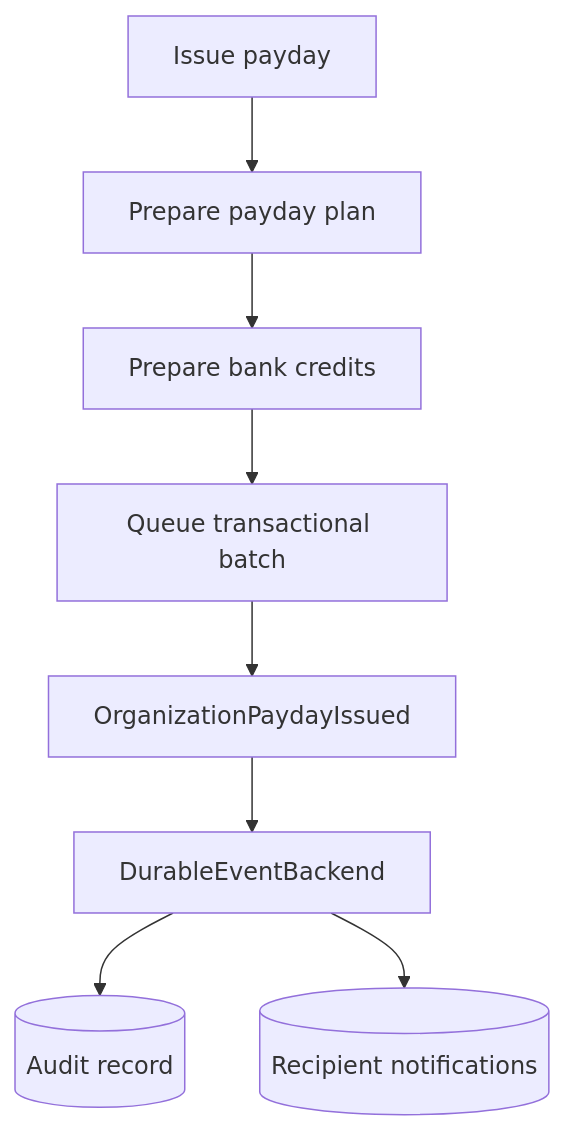
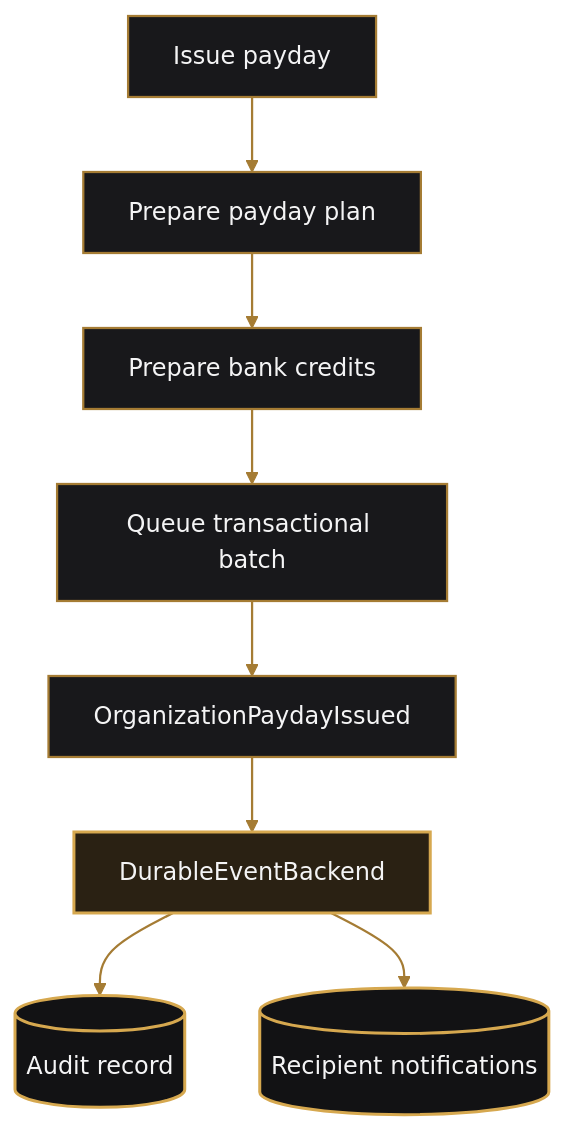
The second of 2 diagrams in docs/features/organization.md (jschmidt92/crate), drawn with Mermaid before and after one commit. The commit also changed other lines of this file and 21 other files, not shown here.

````diff
--- a/docs/features/organization.md
+++ b/docs/features/organization.md
@@ -52,10 +60,18 @@
 ```mermaid
 flowchart TD
     Request[Issue payday] --> Validate[Prepare payday plan]
     Validate --> Credits[Prepare bank credits]
     Credits --> Transaction[Queue transactional batch]
     Transaction --> Event[OrganizationPaydayIssued]
     Event --> Durable[DurableEventBackend]
     Durable --> Audit[(Audit record)]
     Durable --> Notifications[(Recipient notifications)]
+
+    classDef step fill:#18181b,stroke:#a57c34,color:#f4f4f5,stroke-width:1.5px
+    classDef durable fill:#2a2113,stroke:#d6a84f,color:#f4f4f5,stroke-width:2px
+    classDef storage fill:#121214,stroke:#d6a84f,color:#f4f4f5,stroke-width:2px
+    class Request,Validate,Credits,Transaction,Event step
+    class Durable durable
+    class Audit,Notifications storage
+    linkStyle default stroke:#a57c34,stroke-width:1.5px
 ```
````
